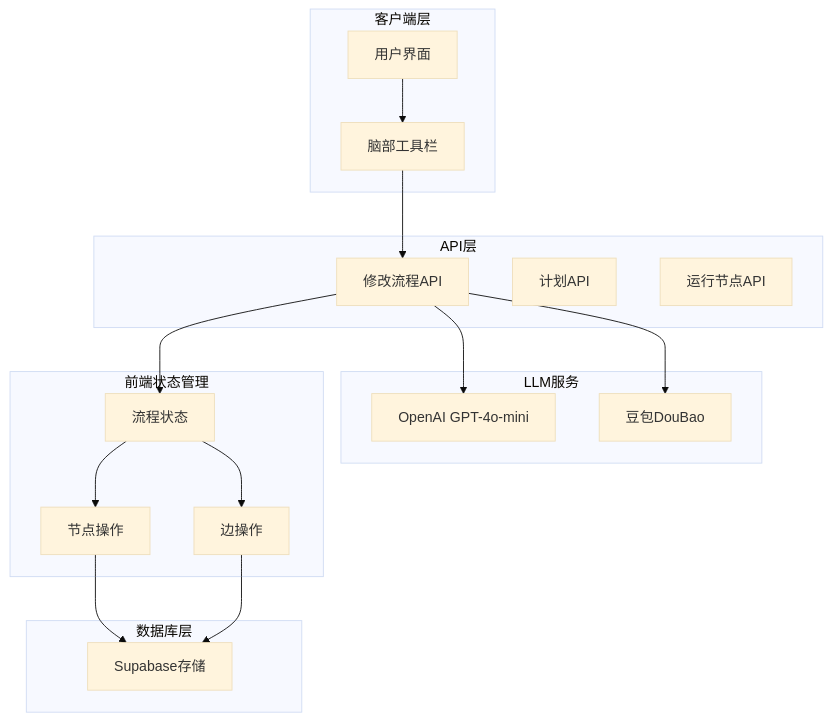
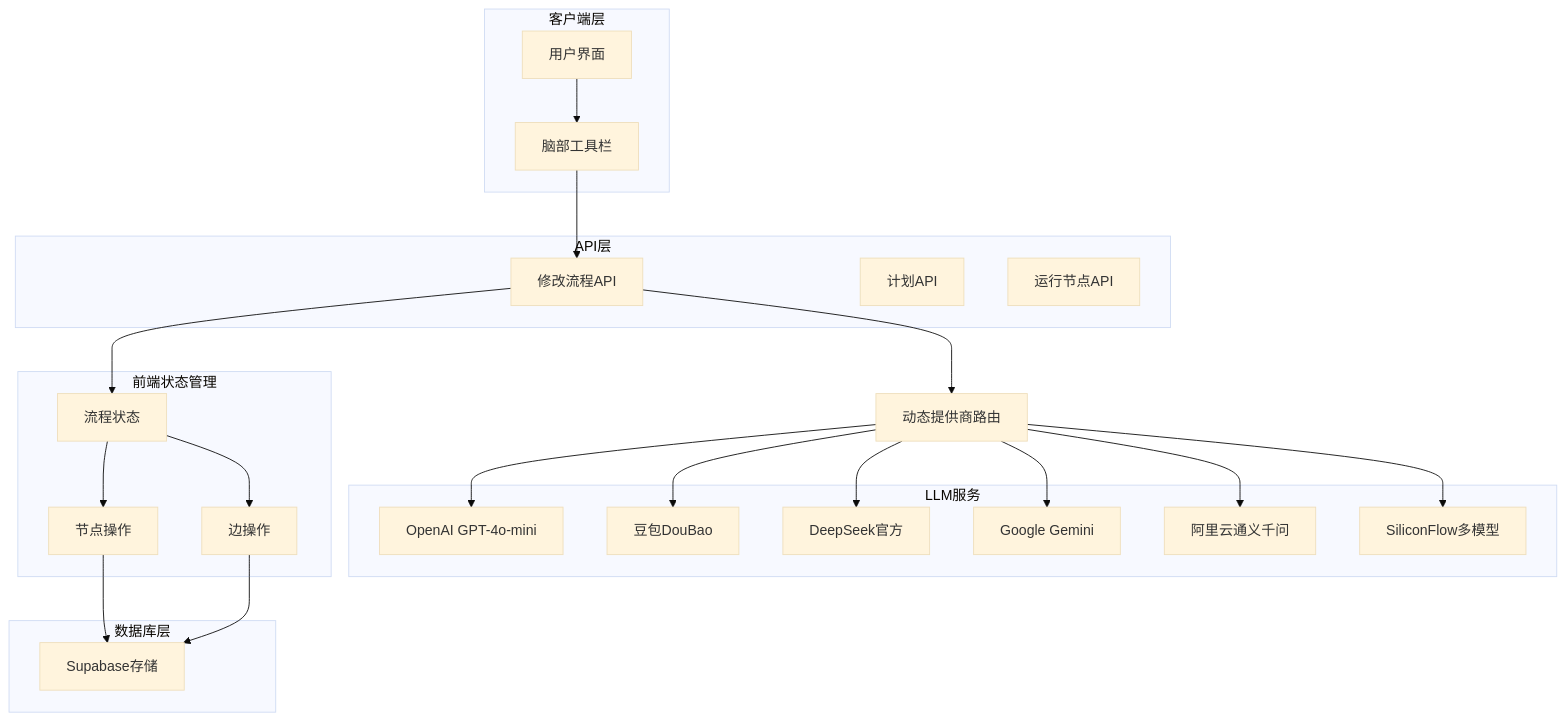
The fifth of 6 diagrams in .qoder/repowiki/zh/content/API接口文档/流程修改接口 (_api_modify-flow).md (JasperLin2333/Flash-Flow), drawn with Mermaid (base theme) before and after one commit. The commit also changed other lines of this file and 91 other files, not shown here.

First line of the commit message:
Add dynamic LLM provider routing and Gemini support

````diff
--- a/.qoder/repowiki/zh/content/API接口文档/流程修改接口 (_api_modify-flow).md
+++ b/.qoder/repowiki/zh/content/API接口文档/流程修改接口 (_api_modify-flow).md
@@ -432,33 +440,42 @@
 ```mermaid
 graph TB
 subgraph "客户端层"
 UI[用户界面]
 BrainBar[脑部工具栏]
 end
 subgraph "API层"
 ModifyAPI[修改流程API]
 PlanAPI[计划API]
 RunNodeAPI[运行节点API]
 end
 subgraph "LLM服务"
 OpenAI[OpenAI GPT-4o-mini]
 Doubao[豆包DouBao]
+DeepSeek[DeepSeek官方]
+Google[Google Gemini]
+DashScope[阿里云通义千问]
+SiliconFlow[SiliconFlow多模型]
 end
 subgraph "前端状态管理"
 FlowStore[流程状态]
 NodeActions[节点操作]
 EdgeActions[边操作]
 end
 subgraph "数据库层"
 Supabase[Supabase存储]
 end
 UI --> BrainBar
 BrainBar --> ModifyAPI
-ModifyAPI --> OpenAI
-ModifyAPI --> Doubao
+ModifyAPI --> ProviderRouter[动态提供商路由]
+ProviderRouter --> OpenAI
+ProviderRouter --> Doubao
+ProviderRouter --> DeepSeek
+ProviderRouter --> Google
+ProviderRouter --> DashScope
+ProviderRouter --> SiliconFlow
 ModifyAPI --> FlowStore
 FlowStore --> NodeActions
 FlowStore --> EdgeActions
 NodeActions --> Supabase
 EdgeActions --> Supabase
 ```
````
